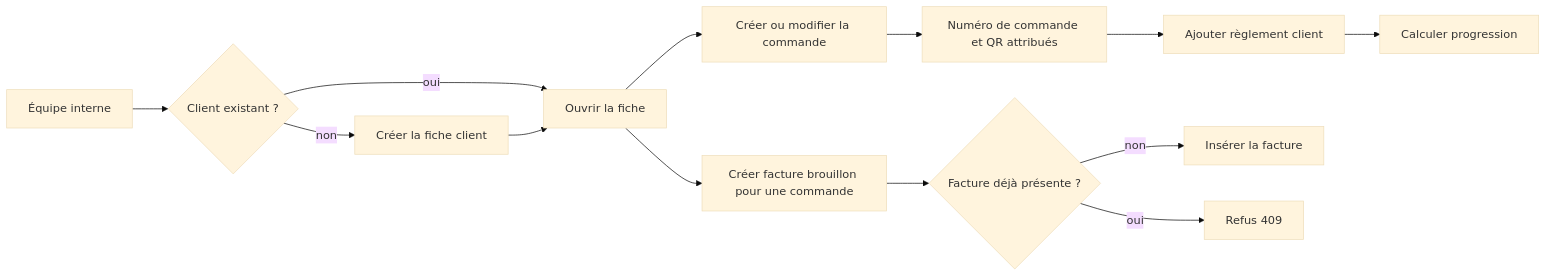
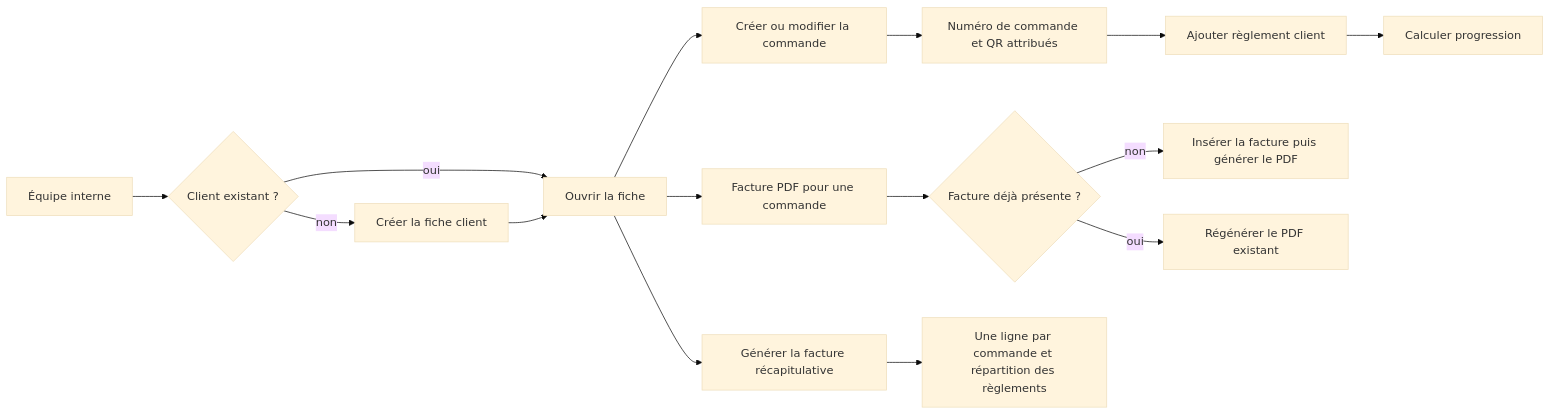
Before and after one commit to LordVERTON/danemo-website: the diagram in docs/workflows/02-client-commande-reglement.md, drawn with Mermaid (base theme). The commit also changed other lines of this file and 2 other files, not shown here.

````diff
--- a/docs/workflows/02-client-commande-reglement.md
+++ b/docs/workflows/02-client-commande-reglement.md
@@ -31,15 +33,17 @@
 ```mermaid
 flowchart LR
   A[Équipe interne] --> B{Client existant ?}
   B -- non --> C[Créer la fiche client]
   B -- oui --> D[Ouvrir la fiche]
   C --> D
   D --> E[Créer ou modifier la commande]
   E --> F[Numéro de commande et QR attribués]
   F --> G[Ajouter règlement client]
   G --> H[Calculer progression]
-  D --> I[Créer facture brouillon pour une commande]
+  D --> I[Facture PDF pour une commande]
   I --> J{Facture déjà présente ?}
-  J -- non --> K[Insérer la facture]
-  J -- oui --> L[Refus 409]
+  J -- non --> K[Insérer la facture puis générer le PDF]
+  J -- oui --> L[Régénérer le PDF existant]
+  D --> M[Générer la facture récapitulative]
+  M --> N[Une ligne par commande et répartition des règlements]
 ```
````
